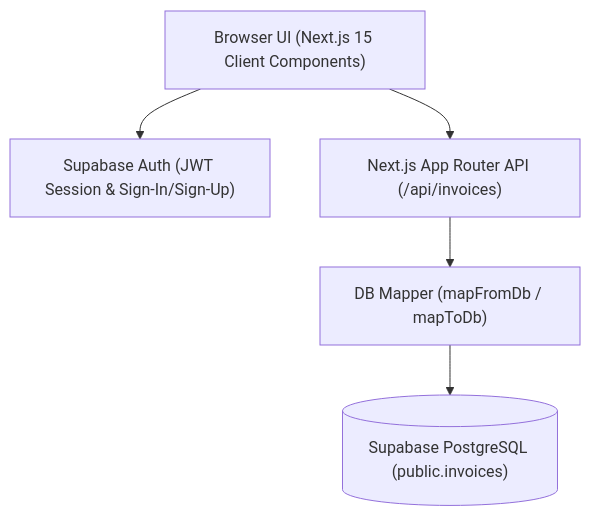
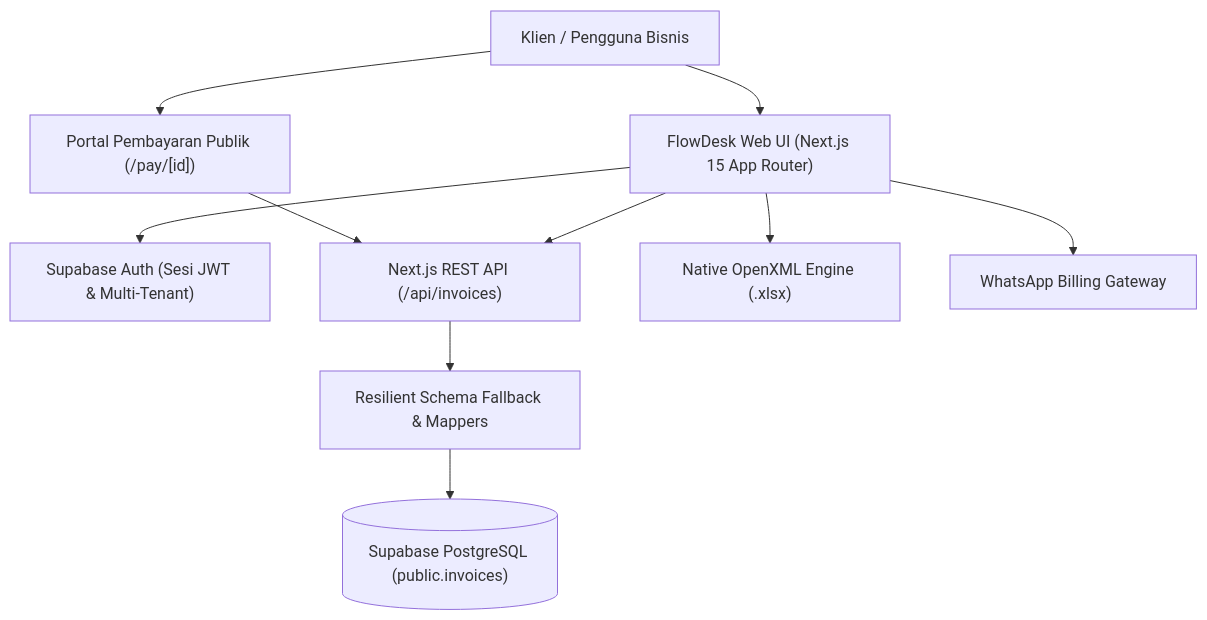
One commit to mboa181-tech/project1-app changed the diagram in README.md. Above: the diagram before and after it, drawn with Mermaid. The commit also changed other lines of this file and 1 other file, not shown here.

````diff
--- a/README.md
+++ b/README.md
@@ -36,7 +66,12 @@
 ```mermaid
 flowchart TD
-    Client["Browser UI (Next.js 15 Client Components)"] --> Auth["Supabase Auth (JWT Session & Sign-In/Sign-Up)"]
-    Client --> API["Next.js App Router API (/api/invoices)"]
-    API --> Mapper["DB Mapper (mapFromDb / mapToDb)"]
-    Mapper --> Postgres[("Supabase PostgreSQL (public.invoices)")]
+    User["Klien / Pengguna Bisnis"] --> UI["FlowDesk Web UI (Next.js 15 App Router)"]
+    UI --> Auth["Supabase Auth (Sesi JWT & Multi-Tenant)"]
+    UI --> API["Next.js REST API (/api/invoices)"]
+    API --> Schema["Resilient Schema Fallback & Mappers"]
+    Schema --> DB[("Supabase PostgreSQL (public.invoices)")]
+    UI --> OpenXML["Native OpenXML Engine (.xlsx)"]
+    UI --> WA["WhatsApp Billing Gateway"]
+    User --> PayPortal["Portal Pembayaran Publik (/pay/[id])"]
+    PayPortal --> API
 ```
````
